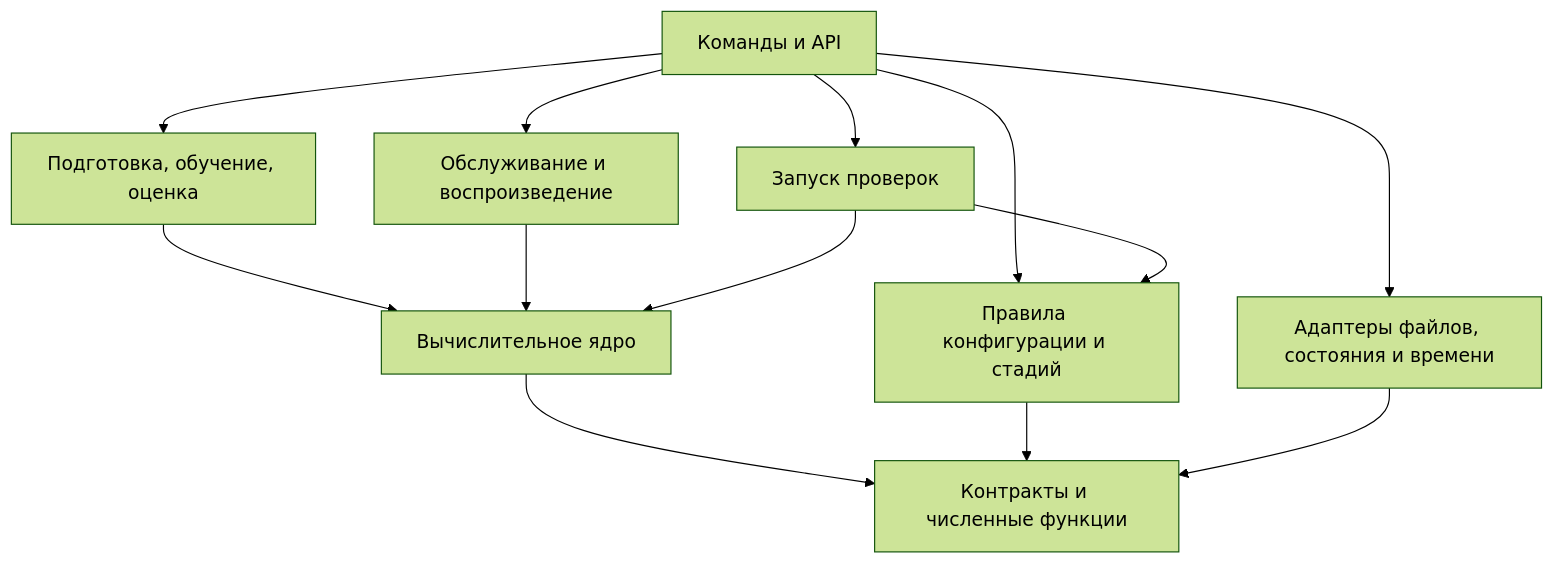
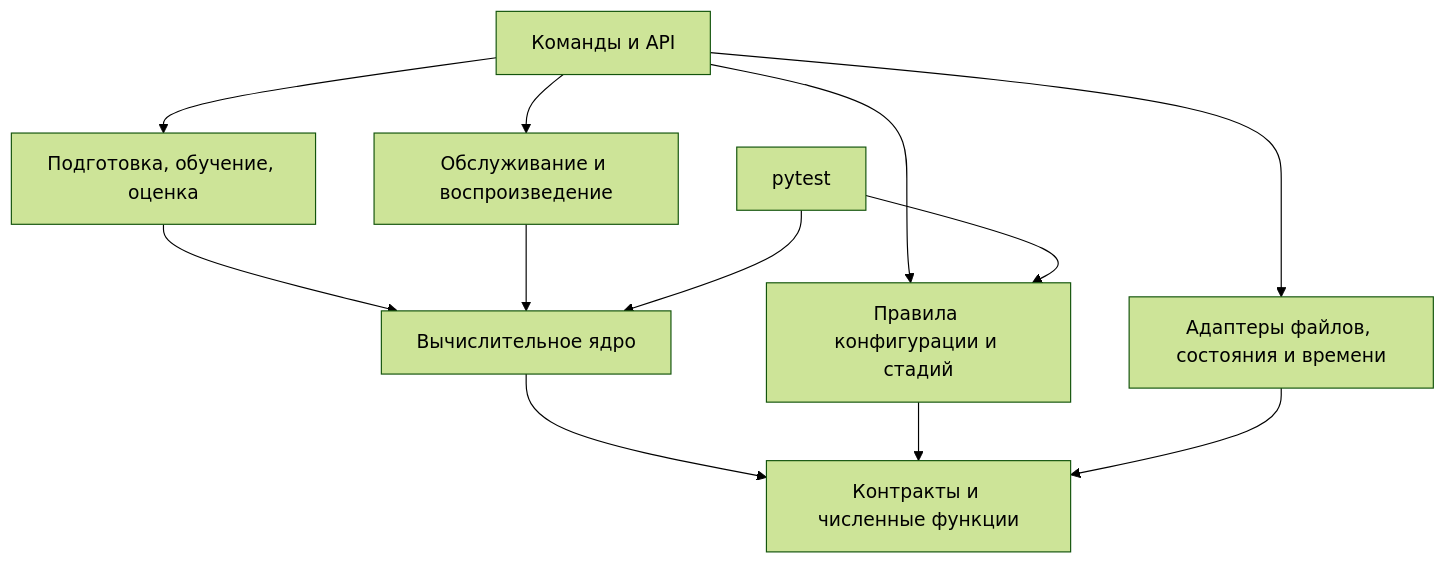
The diagram in documents/architecture.md (ykutovaya/RecSys-Coveo), drawn with Mermaid (forest theme) before and after one commit. The commit also changed other lines of this file and 113 other files, not shown here.

````diff
--- a/documents/architecture.md
+++ b/documents/architecture.md
@@ -42,15 +43,14 @@
 ```mermaid
 flowchart TD
     W[Команды и API] --> T[Подготовка, обучение, оценка]
     W --> S[Обслуживание и воспроизведение]
-    W --> V[Запуск проверок]
     W --> A[Адаптеры файлов, состояния и времени]
     W --> C[Правила конфигурации и стадий]
     T --> K[Вычислительное ядро]
     S --> K
-    V --> K
+    V[pytest] --> K
     V --> C
     K --> F[Контракты и численные функции]
     C --> F
     A --> F
 ```
````
